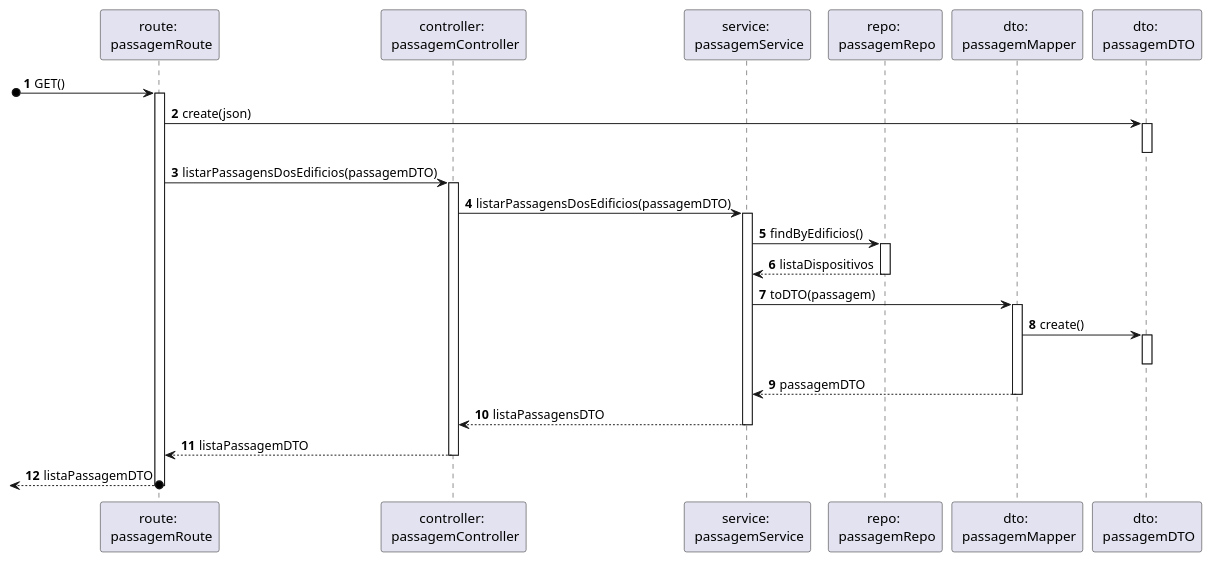
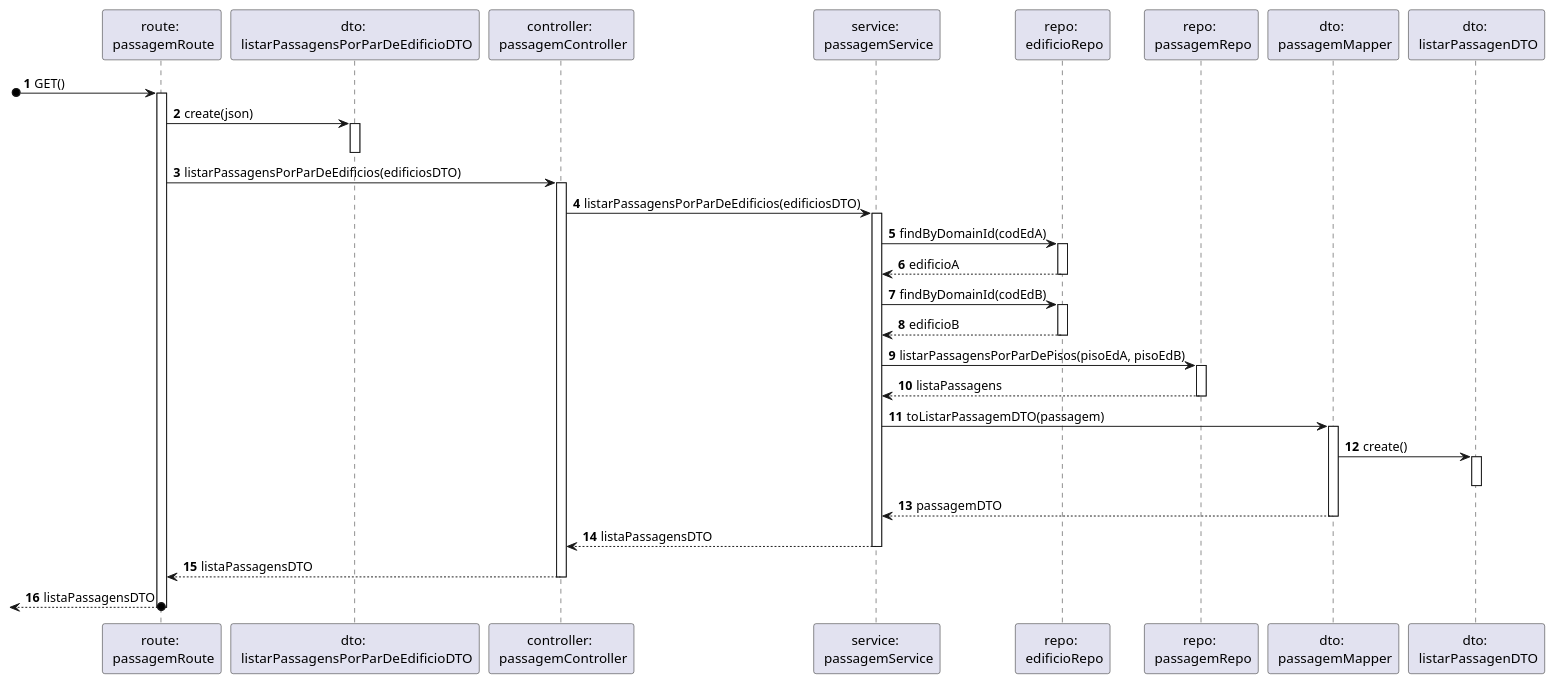
Before and after one commit to SEM5PI2324G58/sem5pi_g58_23_24: the diagram in docs/Sprint_A/US_260/N3/N3_VP.puml, drawn with PlantUML. The commit also changed 2 other files, not shown here.

Commit message:
[US260][Design] Atualização do diagrama N3_VP e coreção do .md

```diff
--- a/docs/Sprint_A/US_260/N3/N3_VP.puml
+++ b/docs/Sprint_A/US_260/N3/N3_VP.puml
@@ -1,30 +1,38 @@
 autonumber
 
 participant "route: \n passagemRoute" as route
+participant "dto: \n listarPassagensPorParDeEdificioDTO" as paramDTO
 participant "controller: \n passagemController" as ctrl
 participant "service: \n passagemService" as service
+participant "repo: \n edificioRepo" as edRepo
 participant "repo: \n passagemRepo" as passRepo
 participant "dto: \n passagemMapper" as mapper
-participant "dto: \n passagemDTO" as dto
+participant "dto: \n listarPassagenDTO" as resDTO
 
 [o-> route: GET()
 activate route
-route -> dto : create(json)
-activate dto
-deactivate dto
-route -> ctrl: listarPassagensDosEdificios(passagemDTO)
+route -> paramDTO : create(json)
+activate paramDTO
+deactivate paramDTO
+route -> ctrl: listarPassagensPorParDeEdificios(edificiosDTO)
 activate ctrl
-ctrl -> service: listarPassagensDosEdificios(passagemDTO) 
+ctrl -> service: listarPassagensPorParDeEdificios(edificiosDTO) 
 activate service
-service -> passRepo: findByEdificios()
+service -> edRepo: findByDomainId(codEdA)
+activate edRepo
+return edificioA
+service -> edRepo: findByDomainId(codEdB)
+activate edRepo
+return edificioB
+service -> passRepo: listarPassagensPorParDePisos(pisoEdA, pisoEdB)
 activate passRepo
-return listaDispositivos
-service -> mapper : toDTO(passagem)
+return listaPassagens
+service -> mapper : toListarPassagemDTO(passagem)
 activate mapper
-mapper -> dto : create()
-activate dto
-deactivate dto
+mapper -> resDTO : create()
+activate resDTO
+deactivate resDTO
 return passagemDTO
 return listaPassagensDTO
-return listaPassagemDTO
-return listaPassagemDTO
+return listaPassagensDTO
+return listaPassagensDTO
```
